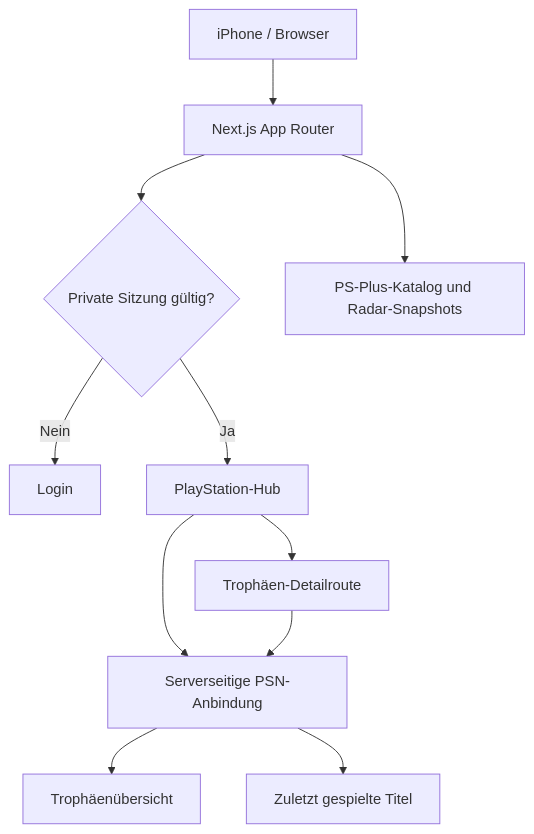
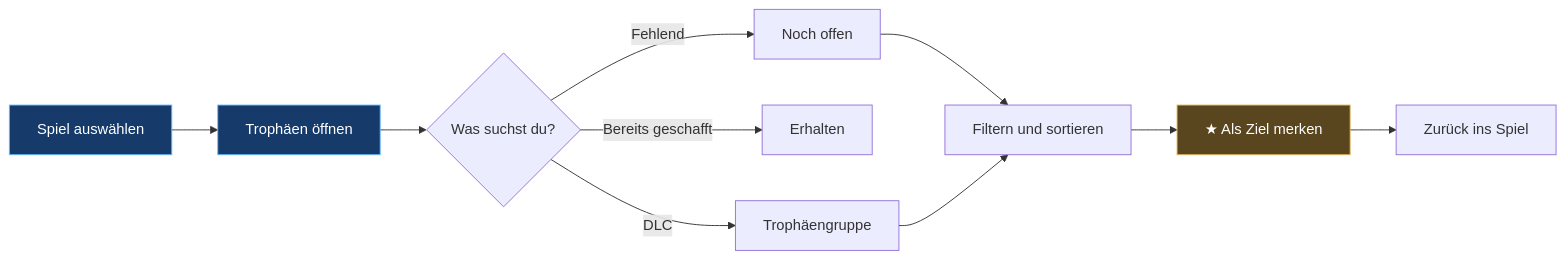
The first of 2 diagrams in README.md (westside0106/Ps5-Radar), drawn with Mermaid before and after one commit. The commit also changed other lines of this file, not shown here.

Commit message:
docs: redesign README as cinematic PlayStation Radar command center with accurate features, 3D status and architecture

````diff
--- a/README.md
+++ b/README.md
@@ -74,13 +125,16 @@
 ```mermaid
-flowchart TD
-    A["iPhone / Browser"] --> B["Next.js App Router"]
-    B --> C{"Private Sitzung gültig?"}
-    C -->|Nein| D["Login"]
-    C -->|Ja| E["PlayStation-Hub"]
-    E --> F["Serverseitige PSN-Anbindung"]
-    F --> G["Trophäenübersicht"]
-    F --> H["Zuletzt gespielte Titel"]
-    E --> I["Trophäen-Detailroute"]
-    I --> F
-    B --> J["PS-Plus-Katalog und Radar-Snapshots"]
+flowchart LR
+    A["Spiel auswählen"] --> B["Trophäen öffnen"]
+    B --> C{"Was suchst du?"}
+    C -->|Fehlend| D["Noch offen"]
+    C -->|Bereits geschafft| E["Erhalten"]
+    C -->|DLC| F["Trophäengruppe"]
+    D --> G["Filtern und sortieren"]
+    F --> G
+    G --> H["★ Als Ziel merken"]
+    H --> I["Zurück ins Spiel"]
+    classDef start fill:#163b6b,color:#fff,stroke:#65baff
+    classDef target fill:#59451e,color:#fff,stroke:#e3b85c
+    class A,B start
+    class H target
 ```
````
